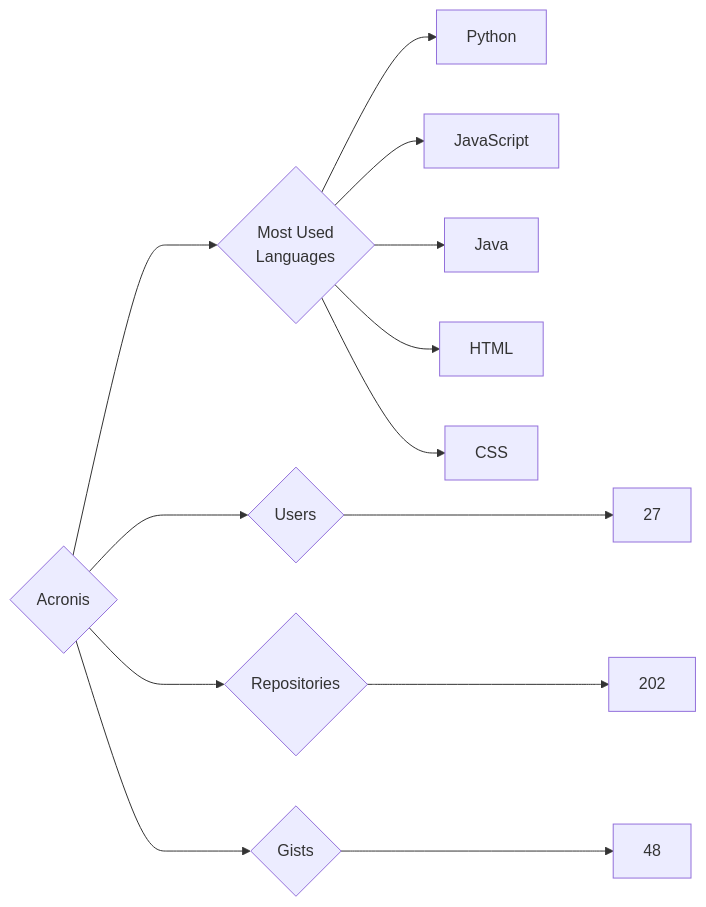
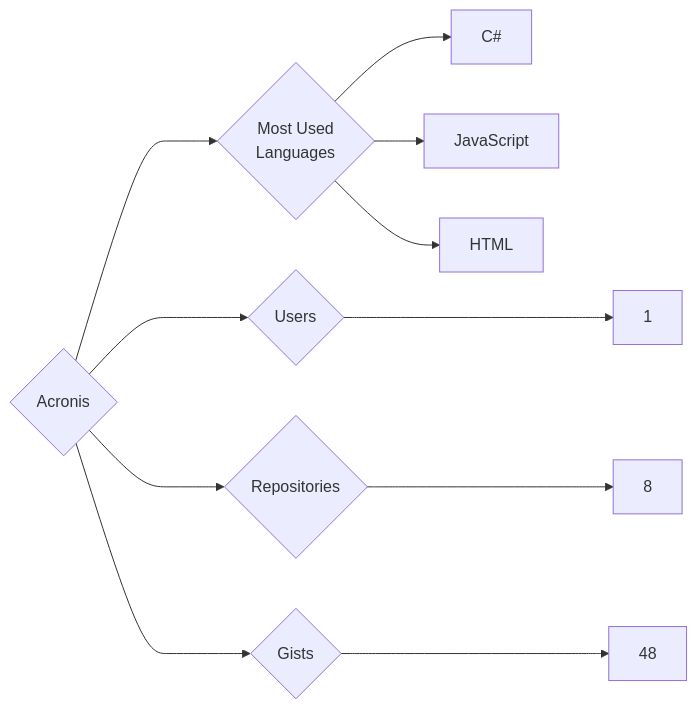
Before and after one commit to trickest/insiders: the diagram in targets/Acronis/README.md, drawn with Mermaid. The commit also changed 644 other files, not shown here.

````diff
--- a/targets/Acronis/README.md
+++ b/targets/Acronis/README.md
@@ -3,13 +3,11 @@
 ```mermaid
 graph LR
 COMPANY_NAME{Acronis}
-COMPANY_NAME ---> U{Users} ---> UN[27]
-COMPANY_NAME ---> R{Repositories} ---> RN[202]
+COMPANY_NAME ---> U{Users} ---> UN[1]
+COMPANY_NAME ---> R{Repositories} ---> RN[8]
 COMPANY_NAME ---> G{Gists} ---> GN[48]
 COMPANY_NAME ---> ML{Most Used<br>Languages}
-ML --> Python[Python]
+ML --> C#[C#]
 ML --> JavaScript[JavaScript]
-ML --> Java[Java]
 ML --> HTML[HTML]
-ML --> CSS[CSS]
 ```
````
